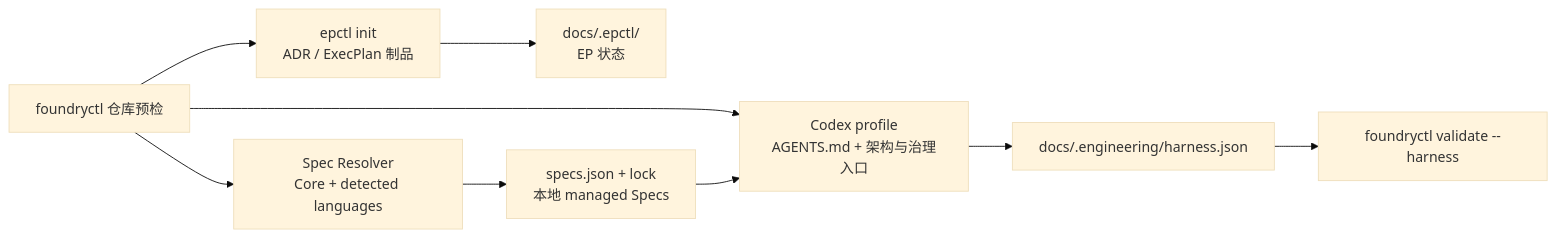
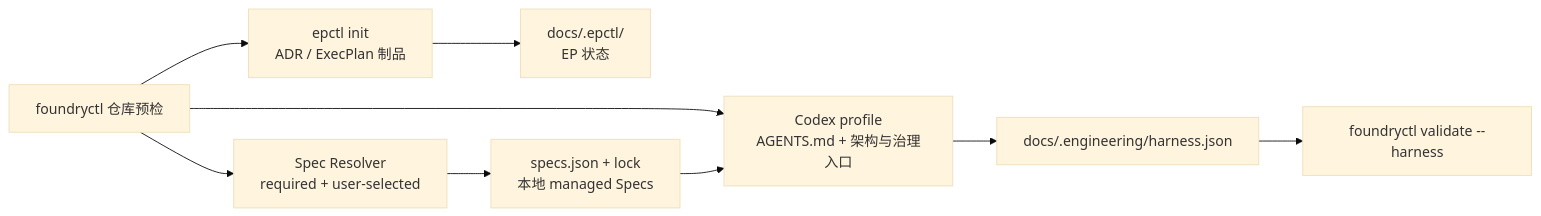
One commit to XiaoWeiKIN/RepoFoundryAI changed the diagram in references/bootstrap.md. Above: the diagram before and after it, drawn with Mermaid (base theme). The commit also changed other lines of this file and 19 other files, not shown here.

````diff
--- a/references/bootstrap.md
+++ b/references/bootstrap.md
@@ -9,11 +9,11 @@
 ```mermaid
 flowchart LR
     P["foundryctl 仓库预检"] --> I["epctl init<br/>ADR / ExecPlan 制品"]
     P --> C["Codex profile<br/>AGENTS.md + 架构与治理入口"]
-    P --> S["Spec Resolver<br/>Core + detected languages"]
+    P --> S["Spec Resolver<br/>required + user-selected"]
     I --> E["docs/.epctl/<br/>EP 状态"]
     C --> M["docs/.engineering/harness.json"]
     S --> L["specs.json + lock<br/>本地 managed Specs"]
     L --> C
     M --> V["foundryctl validate --harness"]
 ```
````
